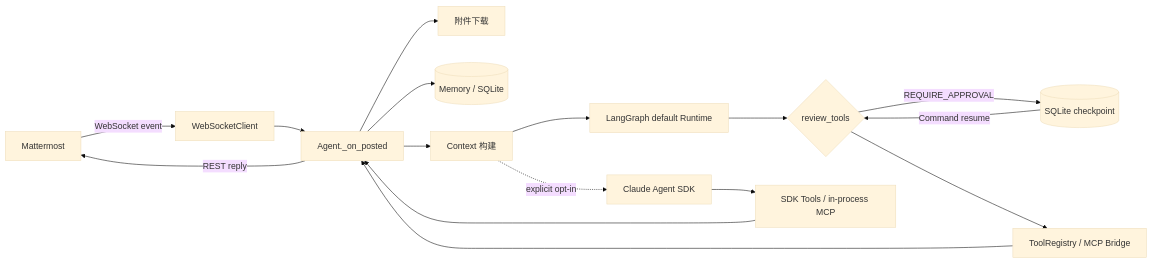
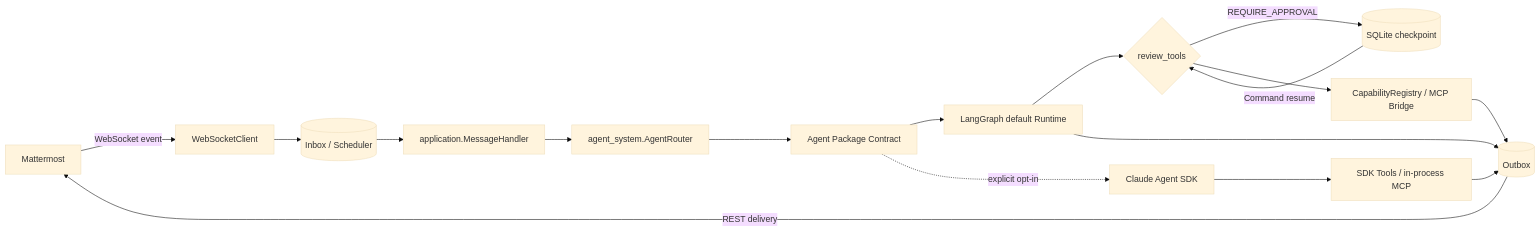
One commit to gqy20/mmag changed the first of 3 diagrams in docs/AI_NATIVE_REFACTORING.md. Above: the diagram before and after it, drawn with Mermaid (base theme). The commit also changed other lines of this file and 104 other files, not shown here.

````diff
--- a/docs/AI_NATIVE_REFACTORING.md
+++ b/docs/AI_NATIVE_REFACTORING.md
@@ -112,18 +112,19 @@
 ```mermaid
 flowchart LR
     MM[Mattermost] -->|WebSocket event| WS[WebSocketClient]
-    WS --> A[Agent._on_posted]
-    A --> ATT[附件下载]
-    A --> MEM[(Memory / SQLite)]
-    A --> CTX[Context 构建]
-    CTX --> LG[LangGraph default Runtime]
+    WS --> IN[(Inbox / Scheduler)]
+    IN --> APP[application.MessageHandler]
+    APP --> ROUTER[agent_system.AgentRouter]
+    ROUTER --> PKG[Agent Package Contract]
+    PKG --> LG[LangGraph default Runtime]
     LG --> REVIEW{review_tools}
     REVIEW -->|REQUIRE_APPROVAL| CP[(SQLite checkpoint)]
     CP -->|Command resume| REVIEW
-    REVIEW --> REG[ToolRegistry / MCP Bridge]
-    CTX -. explicit opt-in .-> SDK[Claude Agent SDK]
+    REVIEW --> REG[CapabilityRegistry / MCP Bridge]
+    PKG -. explicit opt-in .-> SDK[Claude Agent SDK]
     SDK --> SDKTOOLS[SDK Tools / in-process MCP]
-    SDKTOOLS --> A
-    REG --> A
-    A -->|REST reply| MM
+    SDKTOOLS --> OUT[(Outbox)]
+    REG --> OUT
+    LG --> OUT
+    OUT -->|REST delivery| MM
 ```
````
